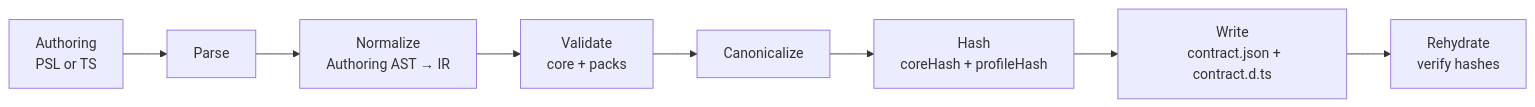
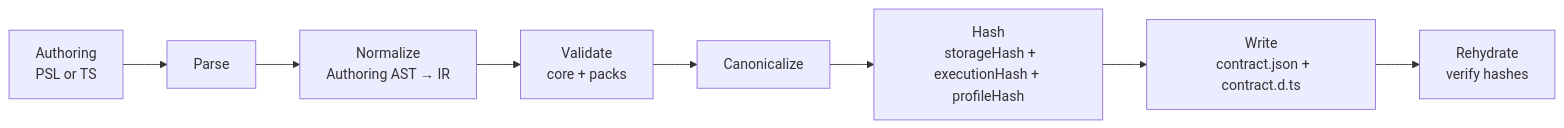
One commit to prisma/prisma-next changed the diagram in docs/architecture docs/subsystems/2. Contract Emitter & Types.md. Above: the diagram before and after it, drawn with Mermaid. The commit also changed other lines of this file and 262 other files, not shown here.

````diff
--- a/docs/architecture docs/subsystems/2. Contract Emitter & Types.md
+++ b/docs/architecture docs/subsystems/2. Contract Emitter & Types.md
@@ -110,16 +111,16 @@
 ```mermaid
 flowchart LR
   A[Authoring
   PSL or TS] --> P[Parse]
   P --> N[Normalize
   Authoring AST → IR]
   N --> V[Validate
   core + packs]
   V --> C[Canonicalize]
   C --> H[Hash
-  coreHash + profileHash]
+  storageHash + executionHash + profileHash]
   H --> W[Write
   contract.json + contract.d.ts]
   W --> R[Rehydrate
   verify hashes]
 ```
````
